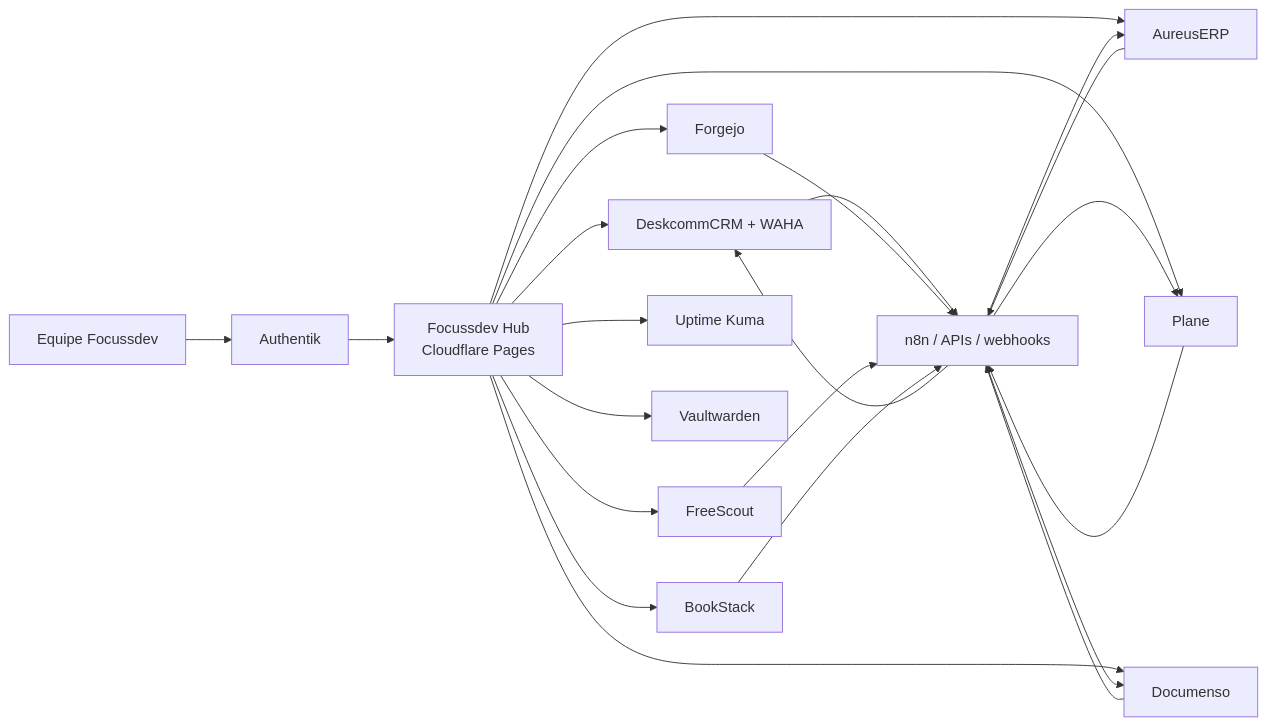
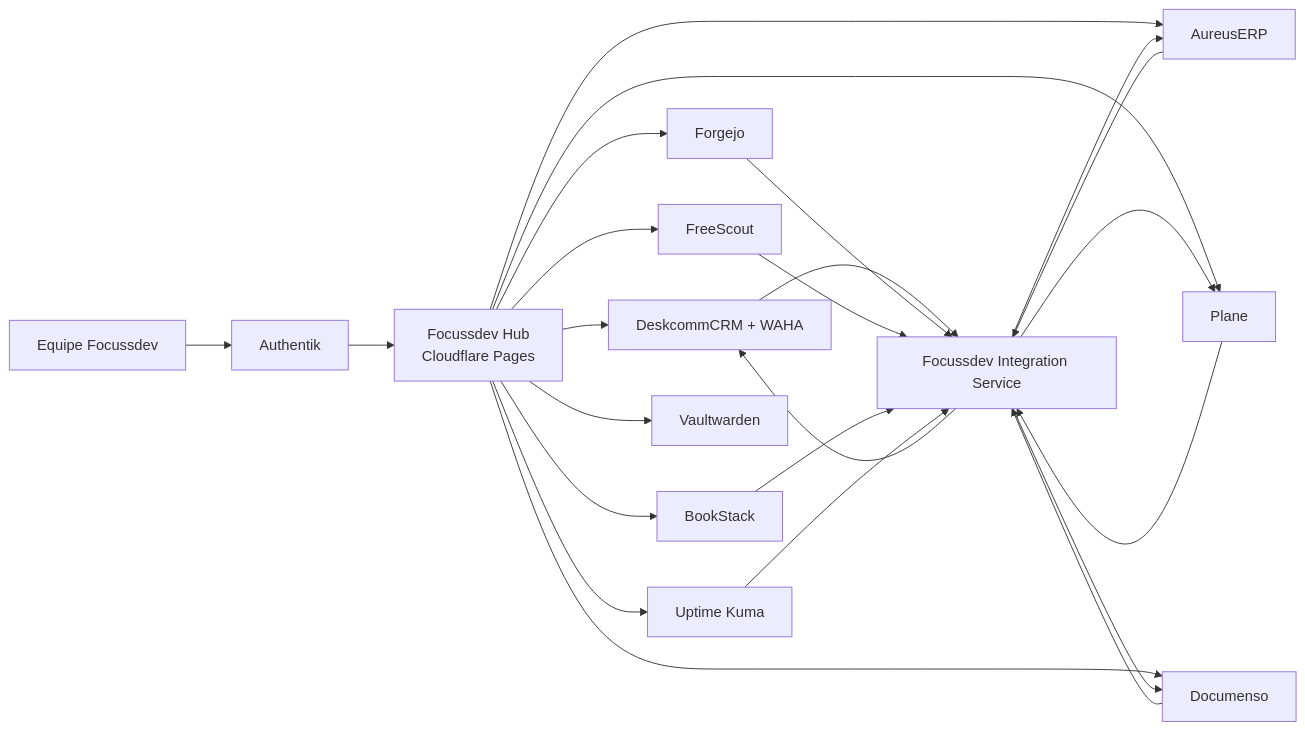
One commit to focussdevserv/focussdev-platform changed the diagram in docs/architecture.md. Above: the diagram before and after it, drawn with Mermaid. The commit also changed other lines of this file and 10 other files, not shown here.

````diff
--- a/docs/architecture.md
+++ b/docs/architecture.md
@@ -7,25 +7,26 @@
 ```mermaid
 flowchart LR
   U[Equipe Focussdev] --> A[Authentik]
   A --> H[Focussdev Hub\nCloudflare Pages]
   H --> C[DeskcommCRM + WAHA]
   H --> E[AureusERP]
   H --> P[Plane]
   H --> D[Documenso]
   H --> G[Forgejo]
   H --> S[FreeScout]
   H --> B[BookStack]
   H --> K[Uptime Kuma]
   H --> V[Vaultwarden]
-  C --> N[n8n / APIs / webhooks]
+  C --> N[Focussdev Integration Service]
   E --> N
   P --> N
   D --> N
   G --> N
   S --> N
   B --> N
+  K --> N
   N --> C
   N --> E
   N --> P
   N --> D
 ```
````
